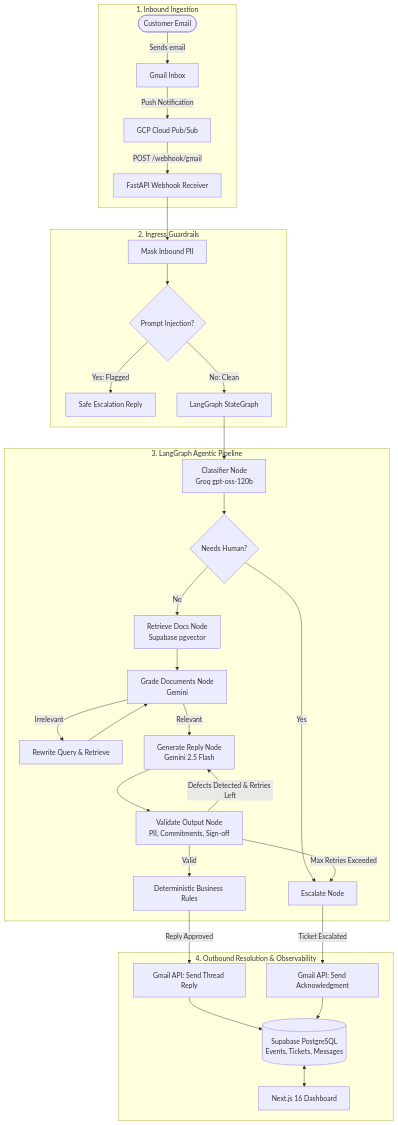
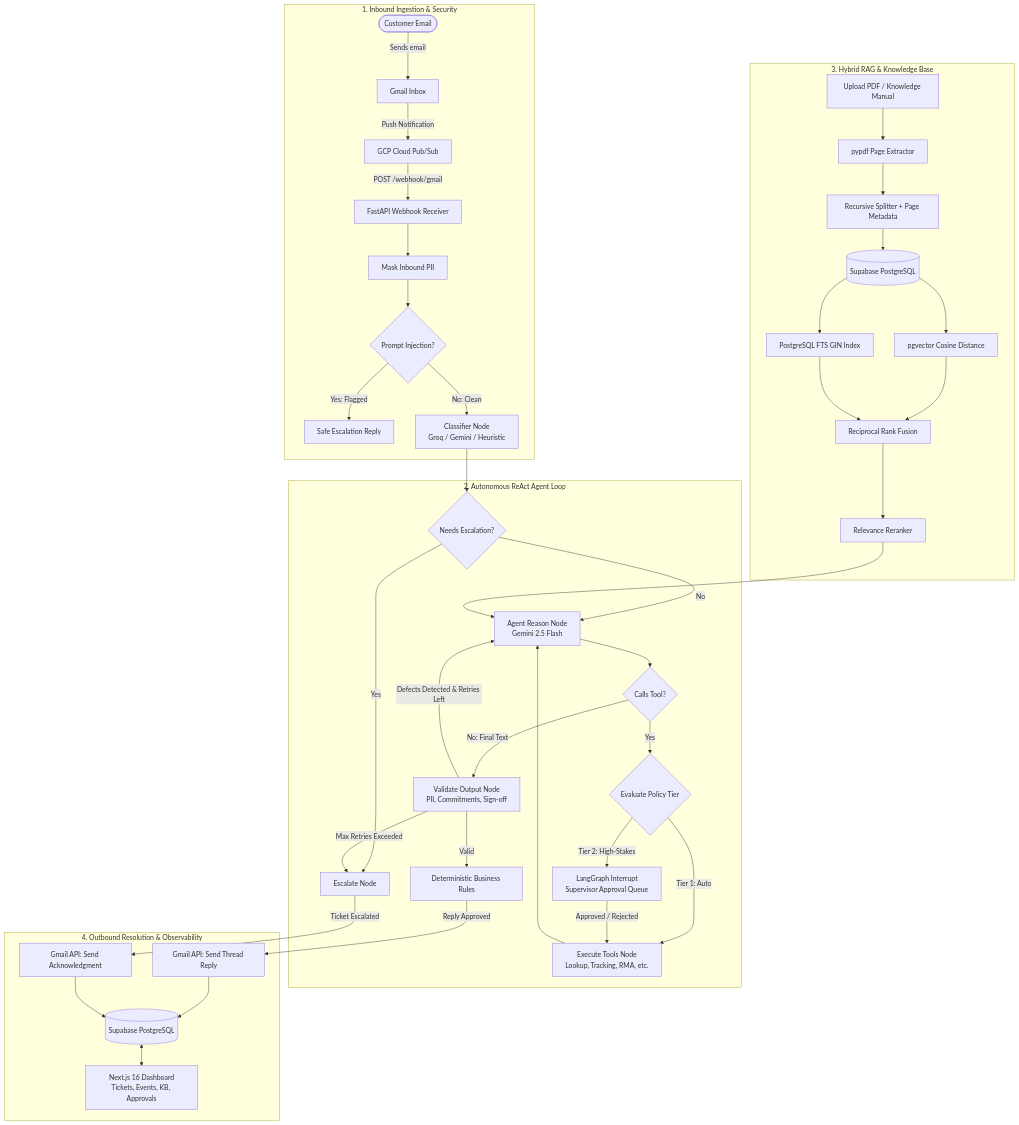
Before and after one commit to ayushvyas-dev/ai-customer-support: the diagram in README.md, drawn with Mermaid. The commit also changed other lines of this file, not shown here.

Commit message:
docs: update README with autonomous ReAct agent tools, tiered HITL approvals, hybrid RAG, and PDF ingestion

````diff
--- a/README.md
+++ b/README.md
@@ -35,40 +50,52 @@
 ```mermaid
 flowchart TD
-    subgraph Inbound ["1. Inbound Ingestion"]
+    subgraph Inbound ["1. Inbound Ingestion & Security"]
         User([Customer Email]) -->|Sends email| Gmail[Gmail Inbox]
         Gmail -->|Push Notification| PubSub[GCP Cloud Pub/Sub]
         PubSub -->|POST /webhook/gmail| Webhook[FastAPI Webhook Receiver]
-    end
-
-    subgraph Guards ["2. Ingress Guardrails"]
         Webhook --> PII_In[Mask Inbound PII]
         PII_In --> InjectionCheck{Prompt Injection?}
         InjectionCheck -->|Yes: Flagged| AutoEscalate[Safe Escalation Reply]
-        InjectionCheck -->|No: Clean| LangGraph[LangGraph StateGraph]
+        InjectionCheck -->|No: Clean| Classify[Classifier Node\nGroq / Gemini / Heuristic]
     end
 
-    subgraph AgenticRAG ["3. LangGraph Agentic Pipeline"]
-        LangGraph --> Classify[Classifier Node\nGroq gpt-oss-120b]
-        Classify --> CheckNeeds{Needs Human?}
+    subgraph AgentLoop ["2. Autonomous ReAct Agent Loop"]
+        Classify --> CheckNeeds{Needs Escalation?}
         CheckNeeds -->|Yes| EscalateNode[Escalate Node]
-        CheckNeeds -->|No| Retrieve[Retrieve Docs Node\nSupabase pgvector]
+        CheckNeeds -->|No| ReasonNode[Agent Reason Node\nGemini 2.5 Flash]
 
-        Retrieve --> GradeDocs[Grade Documents Node\nGemini]
-        GradeDocs -->|Irrelevant| Rewrite[Rewrite Query & Retrieve]
-        Rewrite --> GradeDocs
-        GradeDocs -->|Relevant| Generate[Generate Reply Node\nGemini 2.5 Flash]
+        ReasonNode --> HasToolCalls{Calls Tool?}
+        HasToolCalls -->|Yes| PolicyCheck{Evaluate Policy Tier}
 
-        Generate --> ValidateReply[Validate Output Node\nPII, Commitments, Sign-off]
-        ValidateReply -->|Defects Detected & Retries Left| Generate
+        PolicyCheck -->|Tier 1: Auto| ExecTools[Execute Tools Node\nLookup, Tracking, RMA, etc.]
+        PolicyCheck -->|Tier 2: High-Stakes| Interrupt[LangGraph Interrupt\nSupervisor Approval Queue]
+        Interrupt -->|Approved / Rejected| ExecTools
+        ExecTools --> ReasonNode
+
+        HasToolCalls -->|No: Final Text| ValidateReply[Validate Output Node\nPII, Commitments, Sign-off]
+        ValidateReply -->|Defects Detected & Retries Left| ReasonNode
         ValidateReply -->|Max Retries Exceeded| EscalateNode
         ValidateReply -->|Valid| ApplyRules[Deterministic Business Rules]
+    end
+
+    subgraph HybridRAG ["3. Hybrid RAG & Knowledge Base"]
+        PDFUpload[Upload PDF / Knowledge Manual] --> PDFParser[pypdf Page Extractor]
+        PDFParser --> ChunkSplitter[Recursive Splitter + Page Metadata]
+        ChunkSplitter --> VectorDB[(Supabase PostgreSQL)]
+
+        VectorDB --> DenseSearch[pgvector Cosine Distance]
+        VectorDB --> SparseSearch[PostgreSQL FTS GIN Index]
+        DenseSearch --> RRF[Reciprocal Rank Fusion]
+        SparseSearch --> RRF
+        RRF --> Reranker[Relevance Reranker]
+        Reranker --> ReasonNode
     end
 
     subgraph Outbound ["4. Outbound Resolution & Observability"]
         ApplyRules -->|Reply Approved| SendGmail[Gmail API: Send Thread Reply]
         EscalateNode -->|Ticket Escalated| SendAck[Gmail API: Send Acknowledgment]
-        SendGmail --> AuditDB[(Supabase PostgreSQL\nEvents, Tickets, Messages)]
+        SendGmail --> AuditDB[(Supabase PostgreSQL)]
         SendAck --> AuditDB
-        AuditDB <--> NextDashboard[Next.js 16 Dashboard]
+        AuditDB <--> NextDashboard[Next.js 16 Dashboard\nTickets, Events, KB, Approvals]
     end
 ```
````
